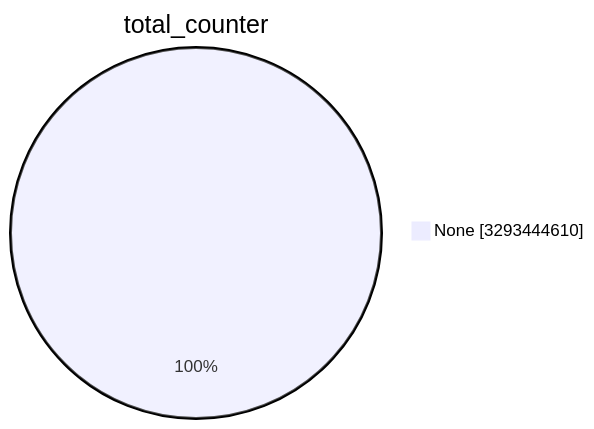
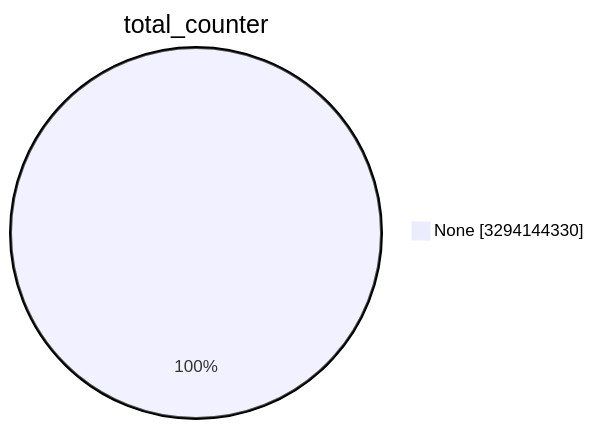
One commit to christiankrug/ctmonitor_visualization changed the first of 15 diagrams in TOTAL/README.md. Above: the diagram before and after it, drawn with Mermaid. The commit also changed other lines of this file, not shown here.

````diff
--- a/TOTAL/README.md
+++ b/TOTAL/README.md
@@ -1,5 +1,5 @@
 ```mermaid
 pie showData
 title total_counter
-"None" :3293444610
+"None" :3294144330
 ```
````
